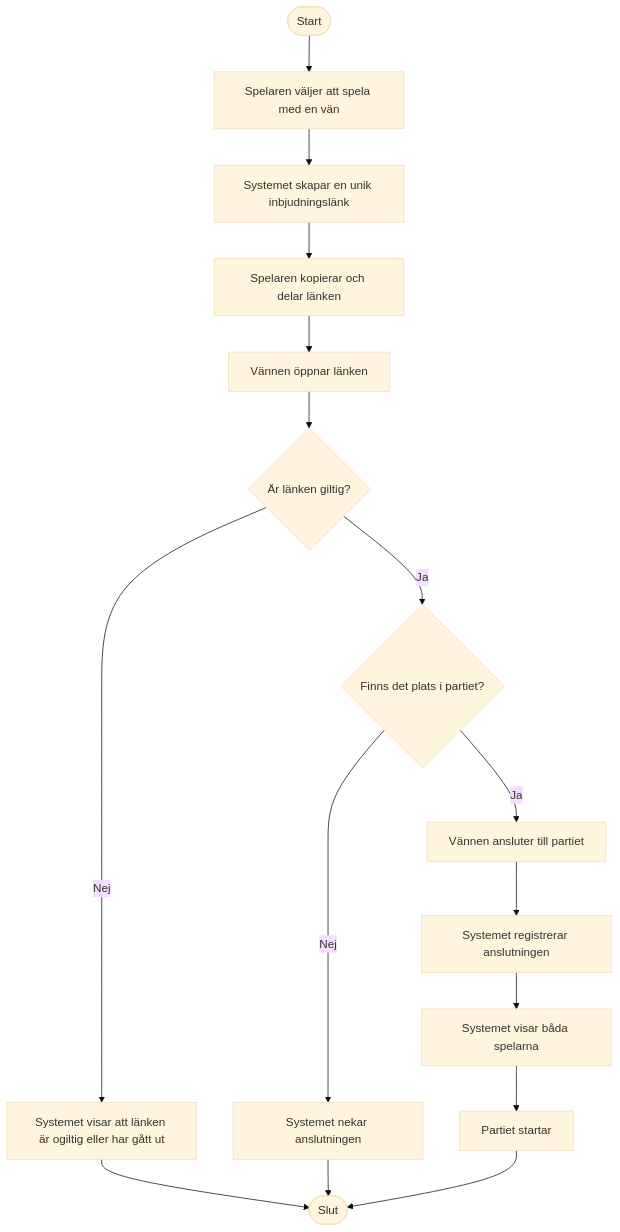
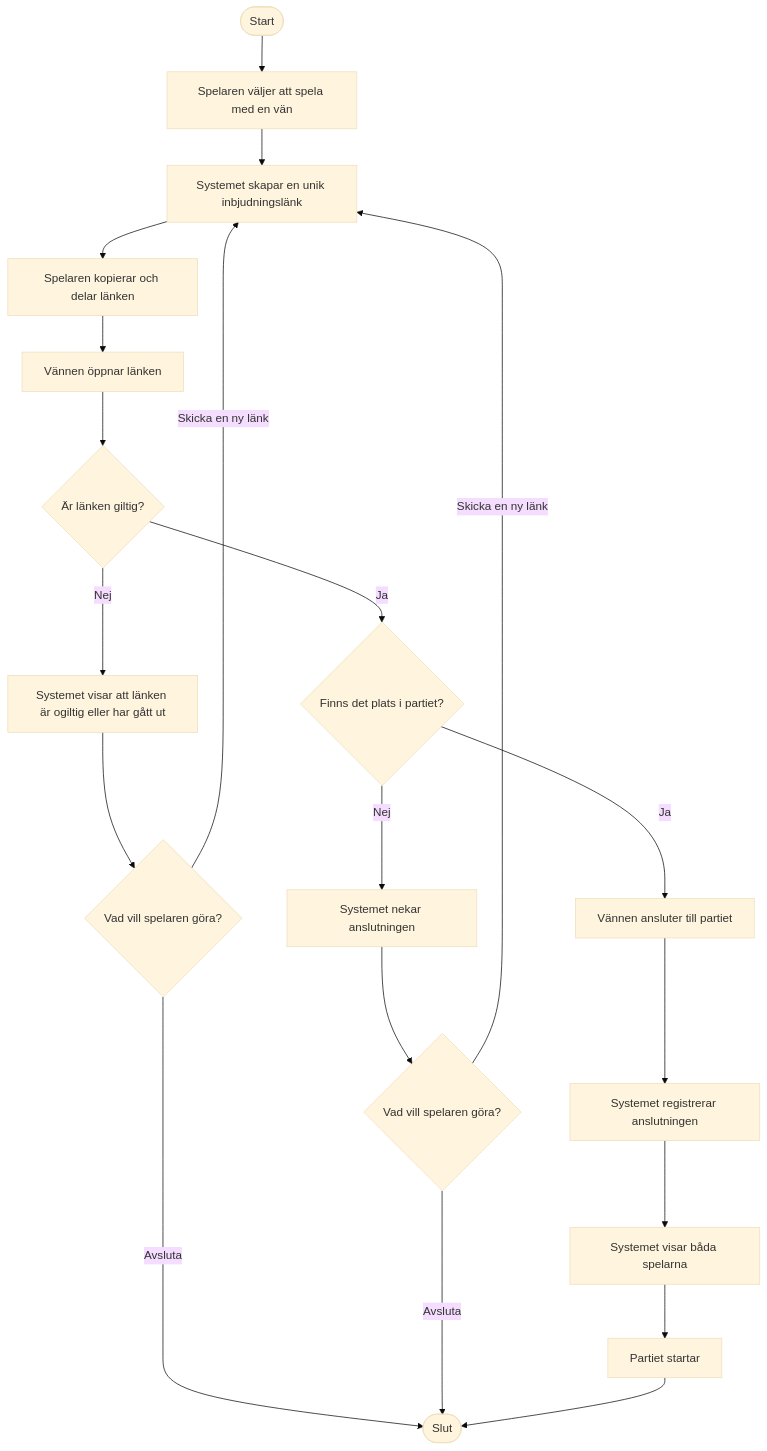
Before and after one commit to SebTns/Gomoku: the diagram in docs/diagrams/uml/Bjuda_in_en_van.md, drawn with Mermaid (base theme).

Commit message:
Update UML activity diagram for inviting a friend

````diff
--- a/docs/diagrams/uml/Bjuda_in_en_van.md
+++ b/docs/diagrams/uml/Bjuda_in_en_van.md
@@ -3,24 +3,36 @@
 ```mermaid
 flowchart TD
+
     A([Start]) --> B[Spelaren väljer att spela med en vän]
+
     B --> C[Systemet skapar en unik inbjudningslänk]
     C --> D[Spelaren kopierar och delar länken]
     D --> E[Vännen öppnar länken]
 
     E --> F{Är länken giltig?}
 
+    %% Ogiltig eller utgången länk
     F -- Nej --> G[Systemet visar att länken är ogiltig eller har gått ut]
-    G --> Z([Slut])
+    G --> H{Vad vill spelaren göra?}
 
-    F -- Ja --> H{Finns det plats i partiet?}
+    H -- Avsluta --> Z([Slut])
+    H -- Skicka en ny länk --> C
 
-    H -- Nej --> I[Systemet nekar anslutningen]
-    I --> Z
+    %% Giltig länk
+    F -- Ja --> I{Finns det plats i partiet?}
 
-    H -- Ja --> J[Vännen ansluter till partiet]
-    J --> K[Systemet registrerar anslutningen]
-    K --> L[Systemet visar båda spelarna]
-    L --> M[Partiet startar]
+    %% Partiet är fullt
+    I -- Nej --> J[Systemet nekar anslutningen]
+    J --> K{Vad vill spelaren göra?}
 
-    M --> Z
+    K -- Avsluta --> Z
+    K -- Skicka en ny länk --> C
+
+    %% Vännen kan ansluta
+    I -- Ja --> L[Vännen ansluter till partiet]
+    L --> M[Systemet registrerar anslutningen]
+    M --> N[Systemet visar båda spelarna]
+    N --> O[Partiet startar]
+
+    O --> Z
 ```
````
